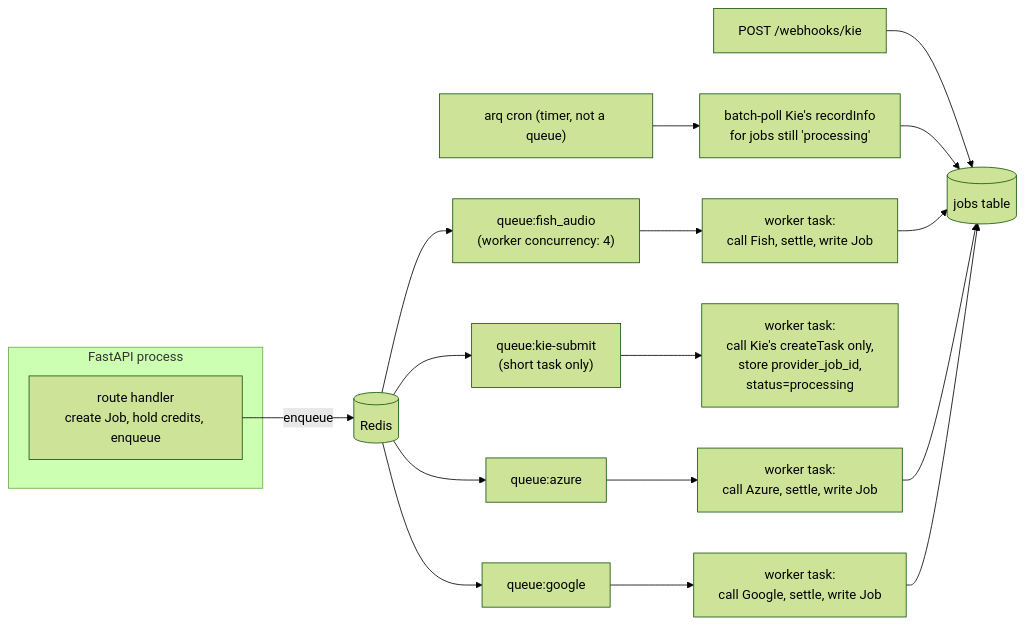
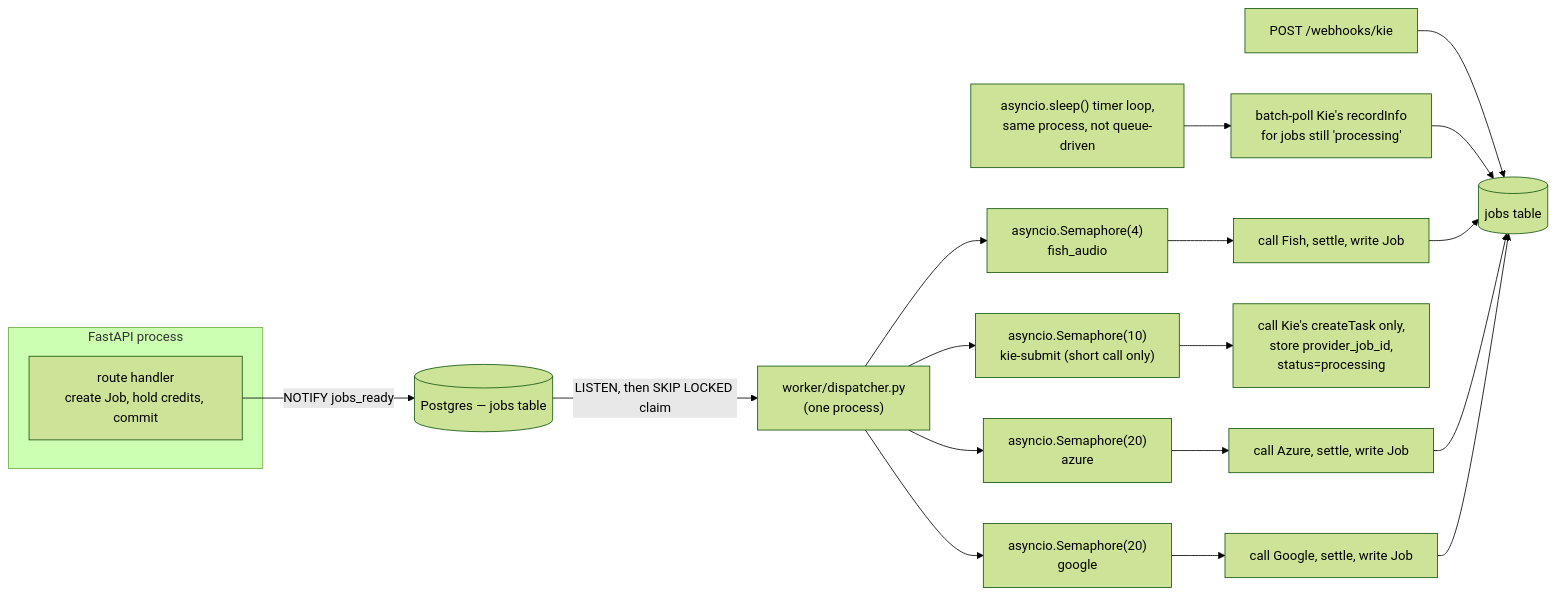
Before and after one commit to bensting/voicica-ai-v2: the sixth of 7 diagrams in docs/architecture.md, drawn with Mermaid (forest theme). The commit also changed other lines of this file and 28 other files, not shown here.

````diff
--- a/docs/architecture.md
+++ b/docs/architecture.md
@@ -180,21 +181,22 @@
 ```mermaid
 graph LR
     subgraph web ["FastAPI process"]
-        R2["route handler<br/>create Job, hold credits, enqueue"]
+        R2["route handler<br/>create Job, hold credits, commit"]
     end
-    R2 -->|enqueue| Redis[("Redis")]
-    Redis --> QF["queue:fish_audio<br/>(worker concurrency: 4)"]
-    Redis --> QA["queue:azure"]
-    Redis --> QG["queue:google"]
-    Redis --> QK["queue:kie-submit<br/>(short task only)"]
-    QF --> WF["worker task:<br/>call Fish, settle, write Job"]
-    QA --> WA["worker task:<br/>call Azure, settle, write Job"]
-    QG --> WG["worker task:<br/>call Google, settle, write Job"]
-    QK --> WK["worker task:<br/>call Kie's createTask only,<br/>store provider_job_id,<br/>status=processing"]
-    Cron["arq cron (timer, not a queue)"] --> Sweep["batch-poll Kie's recordInfo<br/>for jobs still 'processing'"]
+    R2 -->|NOTIFY jobs_ready| PG[("Postgres — jobs table")]
+    PG -->|LISTEN, then SKIP LOCKED claim| D["worker/dispatcher.py<br/>(one process)"]
+    D --> SF["asyncio.Semaphore(4)<br/>fish_audio"]
+    D --> SA["asyncio.Semaphore(20)<br/>azure"]
+    D --> SG["asyncio.Semaphore(20)<br/>google"]
+    D --> SK["asyncio.Semaphore(10)<br/>kie-submit (short call only)"]
+    SF --> WF["call Fish, settle, write Job"]
+    SA --> WA["call Azure, settle, write Job"]
+    SG --> WG["call Google, settle, write Job"]
+    SK --> WK["call Kie's createTask only,<br/>store provider_job_id,<br/>status=processing"]
+    Cron["asyncio.sleep() timer loop,<br/>same process, not queue-driven"] --> Sweep["batch-poll Kie's recordInfo<br/>for jobs still 'processing'"]
     Webhook["POST /webhooks/kie"] --> JobRow[("jobs table")]
     Sweep --> JobRow
     WF --> JobRow
     WA --> JobRow
     WG --> JobRow
 ```
````
